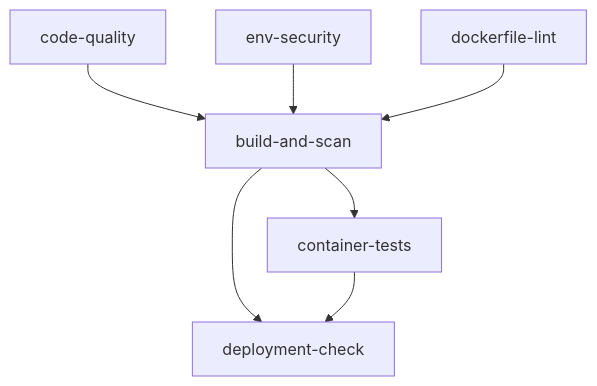
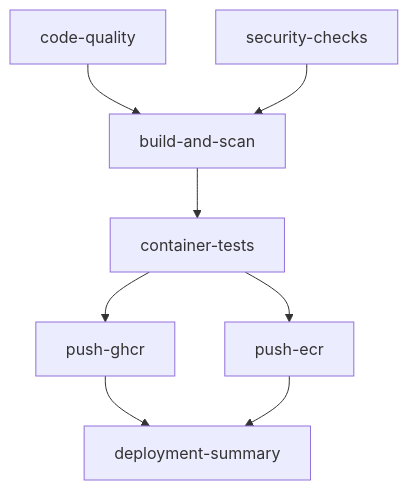
One commit to cnkang/claude-to-azure-proxy changed the diagram in docs/GITHUB_ACTIONS.md. Above: the diagram before and after it, drawn with Mermaid. The commit also changed other lines of this file and 3 other files, not shown here.

````diff
--- a/docs/GITHUB_ACTIONS.md
+++ b/docs/GITHUB_ACTIONS.md
@@ -17,9 +17,10 @@
 ```mermaid
 graph TD
-    A[code-quality] --> D[build-and-scan]
-    B[env-security] --> D
-    C[dockerfile-lint] --> D
-    D --> E[container-tests]
-    D --> F[deployment-check]
-    E --> F
+    A[code-quality] --> C[build-and-scan]
+    B[security-checks] --> C
+    C --> D[container-tests]
+    D --> E[push-ghcr]
+    D --> F[push-ecr]
+    E --> G[deployment-summary]
+    F --> G
 ```
````
